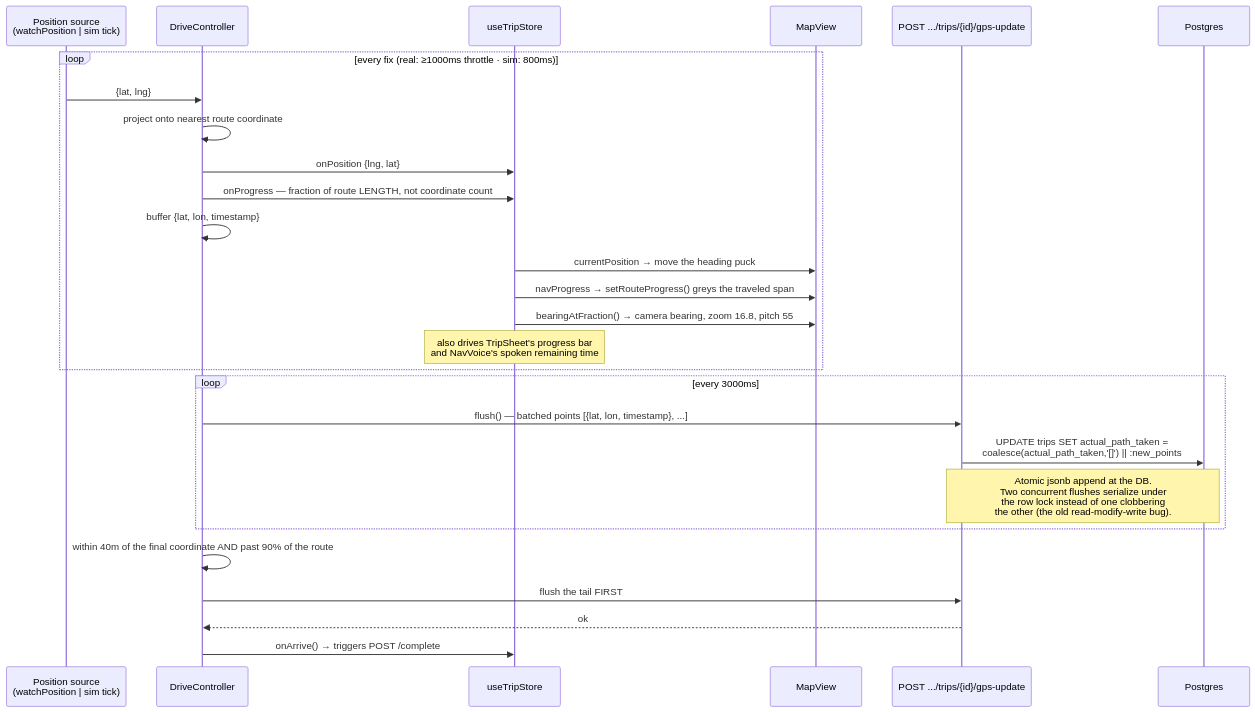
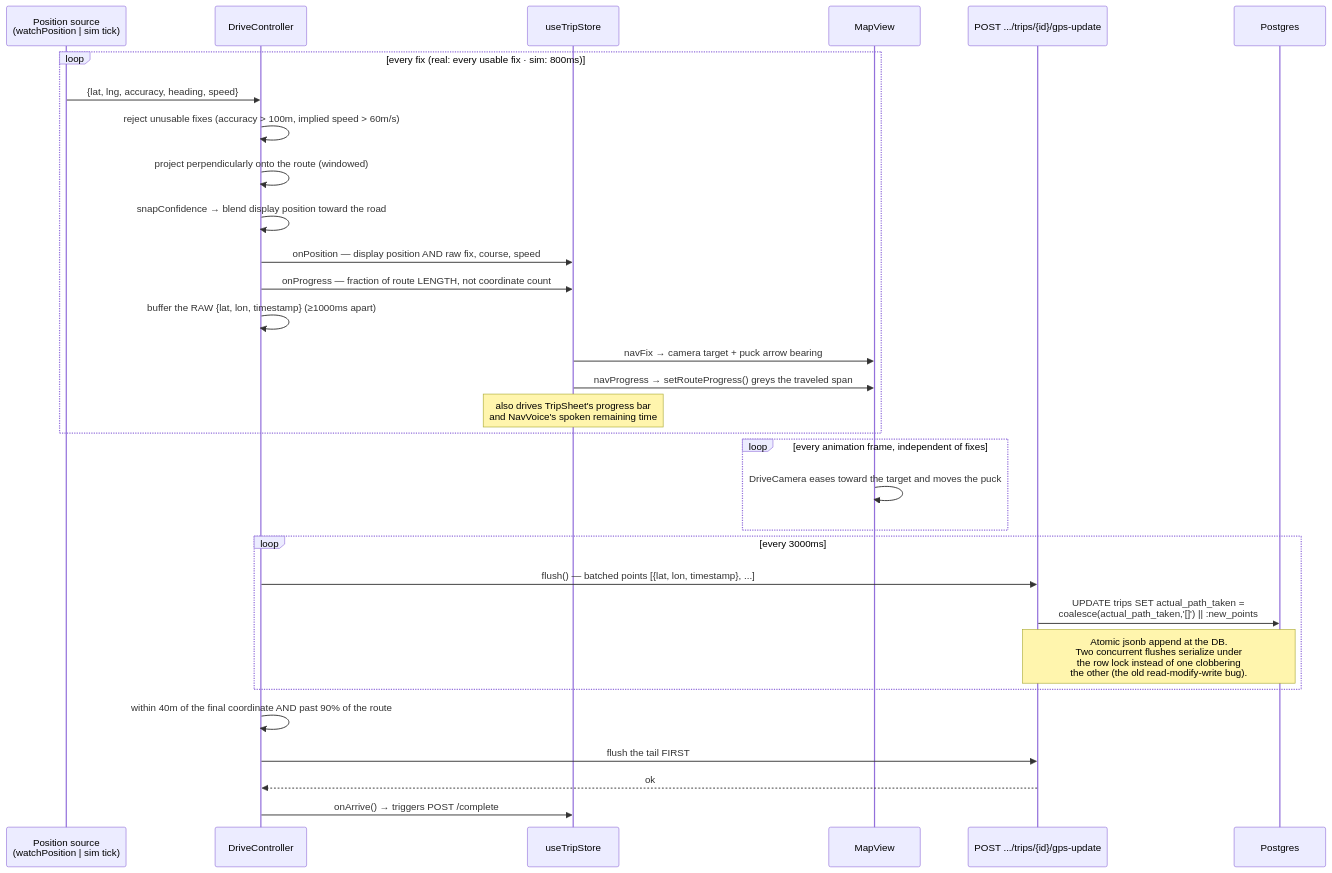
One commit to bjd273/gloway changed the fifth of 7 diagrams in docs/data-flow.md. Above: the diagram before and after it, drawn with Mermaid. The commit also changed other lines of this file and 9 other files, not shown here.

````diff
--- a/docs/data-flow.md
+++ b/docs/data-flow.md
@@ -149,32 +161,37 @@
 ```mermaid
 sequenceDiagram
     participant GPS as Position source<br/>(watchPosition | sim tick)
     participant DC as DriveController
     participant Store as useTripStore
     participant Map as MapView
     participant API as POST .../trips/{id}/gps-update
     participant DB as Postgres
 
-    loop every fix (real: ≥1000ms throttle · sim: 800ms)
-        GPS->>DC: {lat, lng}
-        DC->>DC: project onto nearest route coordinate
-        DC->>Store: onPosition {lng, lat}
+    loop every fix (real: every usable fix · sim: 800ms)
+        GPS->>DC: {lat, lng, accuracy, heading, speed}
+        DC->>DC: reject unusable fixes (accuracy > 100m, implied speed > 60m/s)
+        DC->>DC: project perpendicularly onto the route (windowed)
+        DC->>DC: snapConfidence → blend display position toward the road
+        DC->>Store: onPosition — display position AND raw fix, course, speed
         DC->>Store: onProgress — fraction of route LENGTH, not coordinate count
-        DC->>DC: buffer {lat, lon, timestamp}
-        Store->>Map: currentPosition → move the heading puck
+        DC->>DC: buffer the RAW {lat, lon, timestamp} (≥1000ms apart)
+        Store->>Map: navFix → camera target + puck arrow bearing
         Store->>Map: navProgress → setRouteProgress() greys the traveled span
-        Store->>Map: bearingAtFraction() → camera bearing, zoom 16.8, pitch 55
         Note over Store: also drives TripSheet's progress bar<br/>and NavVoice's spoken remaining time
+    end
+
+    loop every animation frame, independent of fixes
+        Map->>Map: DriveCamera eases toward the target and moves the puck
     end
 
     loop every 3000ms
         DC->>API: flush() — batched points [{lat, lon, timestamp}, ...]
         API->>DB: UPDATE trips SET actual_path_taken =<br/>coalesce(actual_path_taken,'[]') || :new_points
         Note over API,DB: Atomic jsonb append at the DB.<br/>Two concurrent flushes serialize under<br/>the row lock instead of one clobbering<br/>the other (the old read-modify-write bug).
     end
 
     DC->>DC: within 40m of the final coordinate AND past 90% of the route
     DC->>API: flush the tail FIRST
     API-->>DC: ok
     DC->>Store: onArrive() → triggers POST /complete
 ```
````
